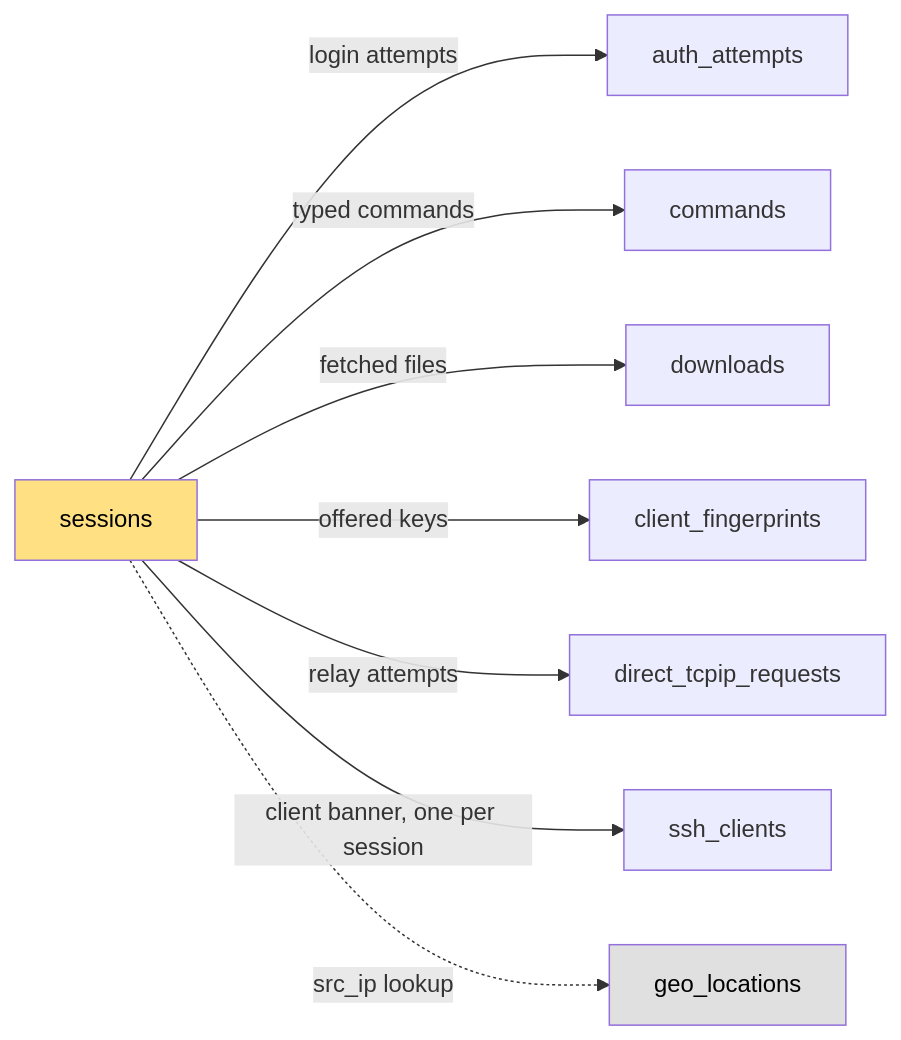
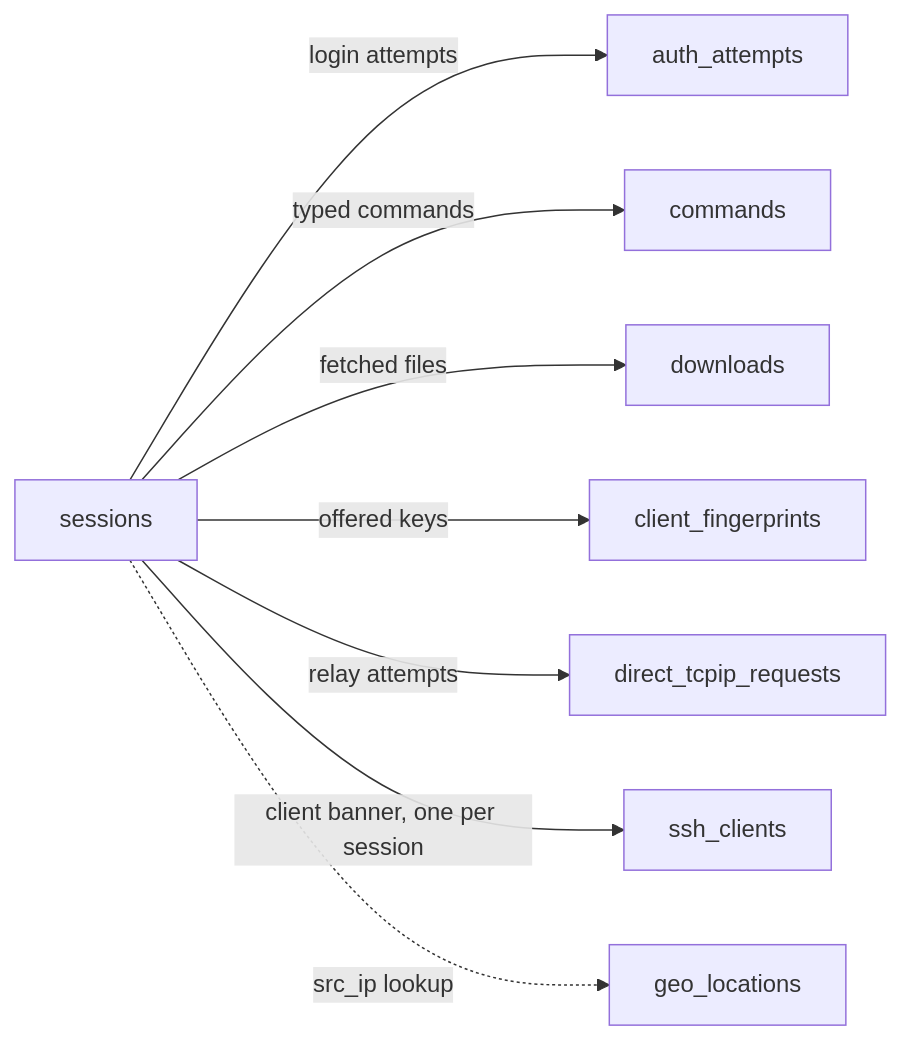
Before and after one commit to straightchlorine/honeywatch: the second of 2 diagrams in docs/architecture/index.md, drawn with Mermaid. The commit also changed other lines of this file and 48 other files, not shown here.

````diff
--- a/docs/architecture/index.md
+++ b/docs/architecture/index.md
@@ -135,14 +128,11 @@
 ```mermaid
 graph LR
     S[sessions]
     S -->|login attempts| A[auth_attempts]
     S -->|typed commands| C[commands]
     S -->|fetched files| D[downloads]
     S -->|offered keys| F[client_fingerprints]
     S -->|relay attempts| T[direct_tcpip_requests]
     S -->|client banner, one per session| K[ssh_clients]
     S -.->|src_ip lookup| G[geo_locations]
-
-    style S fill:#ffe082,color:#000
-    style G fill:#e0e0e0,color:#000
 ```
````
